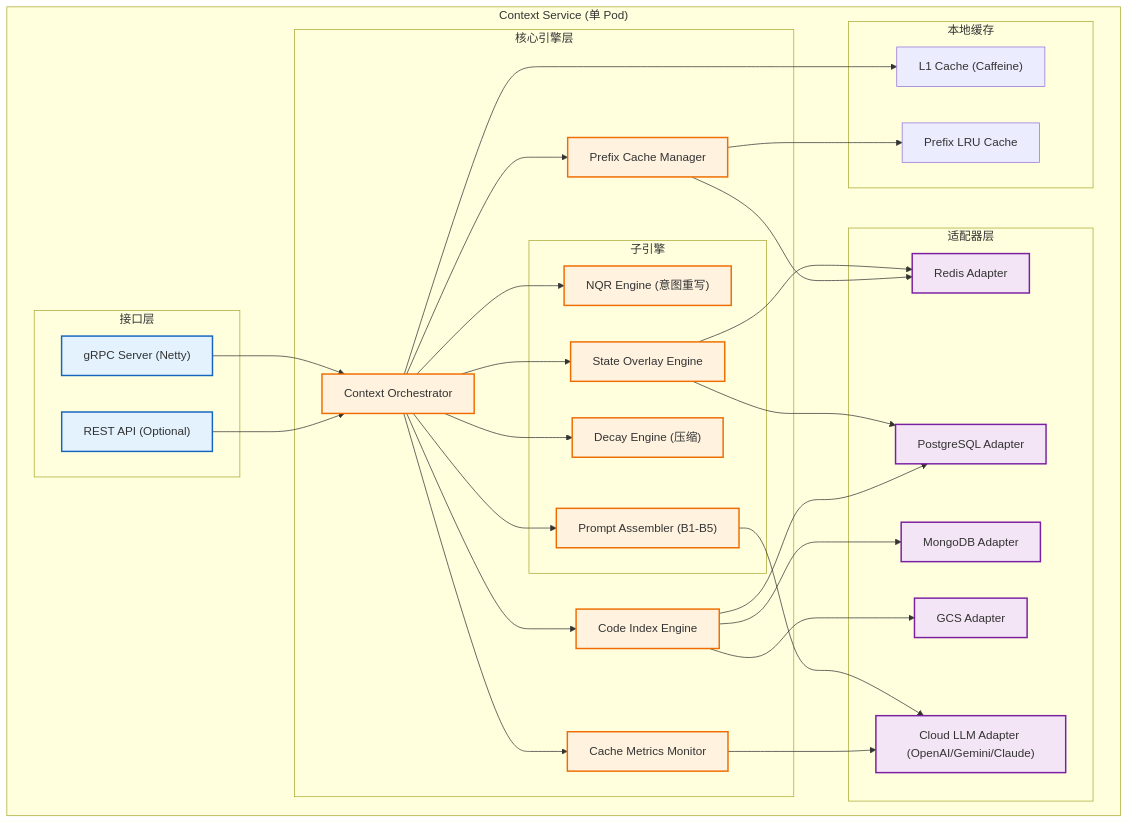
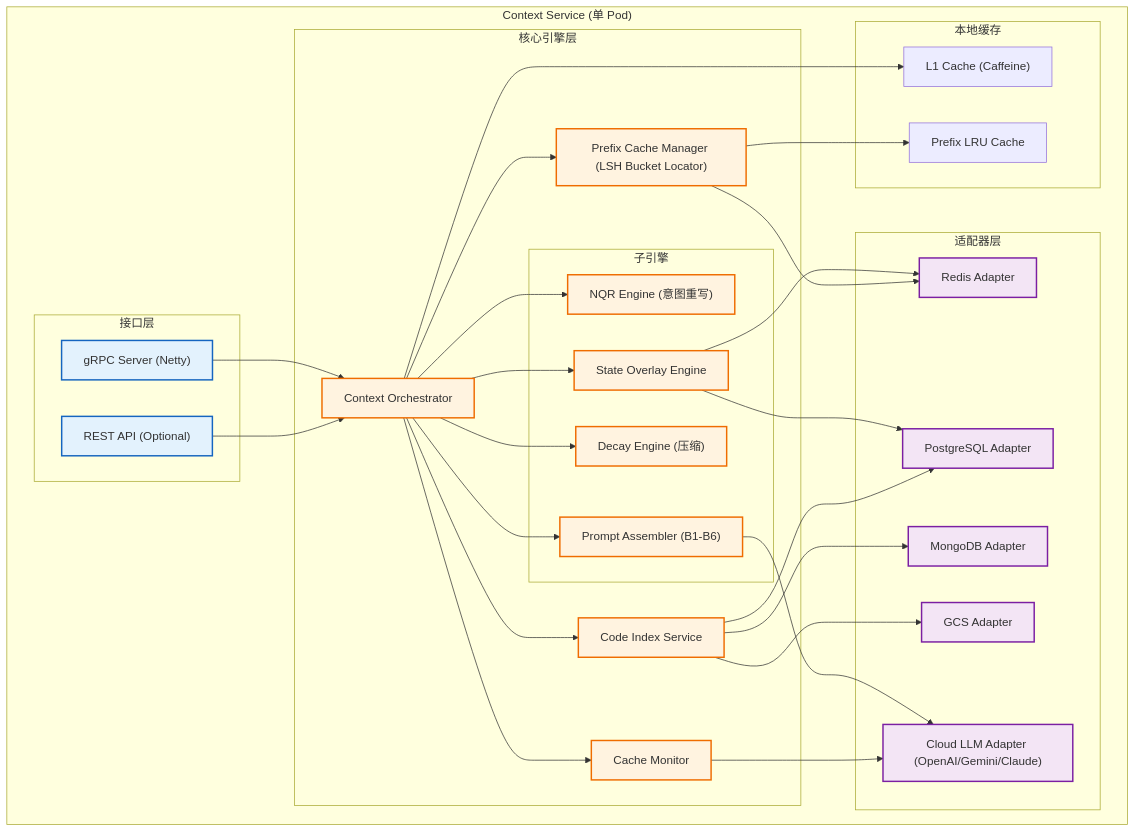
Before and after one commit to D15190304050/generic-agent: the sixth of 38 diagrams in discussions/ContextManagerV6.md, drawn with Mermaid. The commit also changed other lines of this file, not shown here.

Commit message:
Revise Context Service documentation

````diff
--- a/discussions/ContextManagerV6.md
+++ b/discussions/ContextManagerV6.md
@@ -464,64 +464,64 @@
 ```mermaid
 graph TB
     classDef Interface fill:#e3f2fd,stroke:#1565c0,stroke-width:2px;
     classDef Core fill:#fff3e0,stroke:#ef6c00,stroke-width:2px;
     classDef Adapter fill:#f3e5f5,stroke:#7b1fa2,stroke-width:2px;
 
     subgraph ContextService ["Context Service (单 Pod)"]
         subgraph Interface ["接口层"]
             gRPC["gRPC Server (Netty)"]
             REST["REST API (Optional)"]
         end
 
         subgraph Core ["核心引擎层"]
             Orchestrator["Context Orchestrator"]
             
             subgraph SubEngines ["子引擎"]
                 NQR["NQR Engine (意图重写)"]
                 Overlay["State Overlay Engine"]
                 Decay["Decay Engine (压缩)"]
-                Assembler["Prompt Assembler (B1-B5)"]
+                Assembler["Prompt Assembler (B1-B6)"]
             end
             
-            PrefixMgr["Prefix Cache Manager"]
-            CacheMonitor["Cache Metrics Monitor"]
-            CodeIndex["Code Index Engine"]
+            PrefixMgr["Prefix Cache Manager (LSH Bucket Locator)"]
+            CacheMonitor["Cache Monitor"]
+            CodeIndex["Code Index Service"]
         end
 
         subgraph Adapter ["适配器层"]
             RedisAdapter["Redis Adapter"]
             PGAdapter["PostgreSQL Adapter"]
             MongoAdapter["MongoDB Adapter"]
             LLMAdapter["Cloud LLM Adapter (OpenAI/Gemini/Claude)"]
             GCSAdapter["GCS Adapter"]
         end
 
         subgraph Local ["本地缓存"]
             L1Cache["L1 Cache (Caffeine)"]
             PrefixLRU["Prefix LRU Cache"]
         end
     end
 
     %% 接口层连接
     gRPC --> Orchestrator
     REST --> Orchestrator
     
     %% 核心层连接
     Orchestrator --> NQR & Overlay & Decay & Assembler
     Orchestrator --> PrefixMgr & CacheMonitor & CodeIndex
     
     %% 适配器连接
     Overlay --> RedisAdapter & PGAdapter
     CodeIndex --> PGAdapter & MongoAdapter & GCSAdapter
     Assembler --> LLMAdapter
     PrefixMgr --> RedisAdapter
     CacheMonitor --> LLMAdapter
     
     %% 本地缓存
     Orchestrator --> L1Cache
     PrefixMgr --> PrefixLRU
 
     class gRPC,REST Interface;
     class Orchestrator,NQR,Overlay,Decay,Assembler,PrefixMgr,CacheMonitor,CodeIndex Core;
     class RedisAdapter,PGAdapter,MongoAdapter,LLMAdapter,GCSAdapter Adapter;
 ```
````
